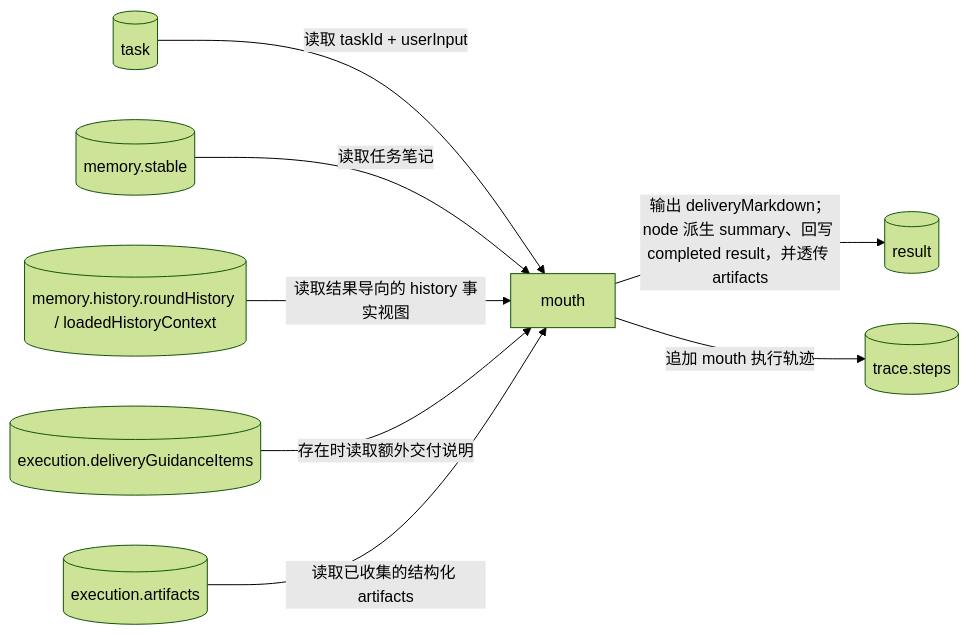
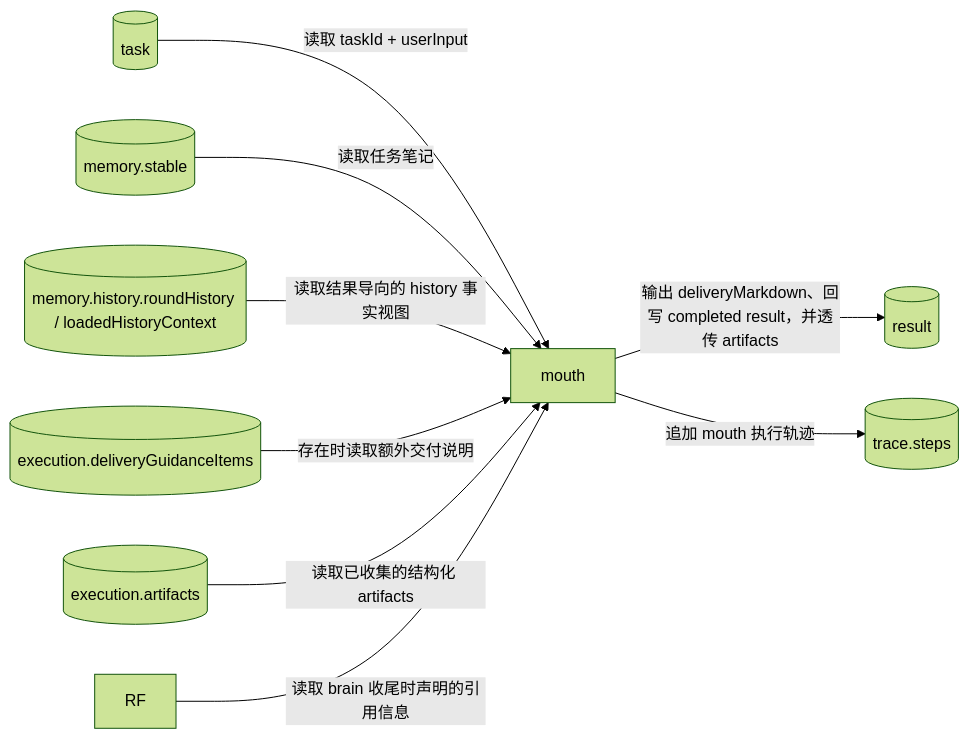
The fifth of 5 diagrams in doc/ai-design/data-definition-and-flow.md (Yoan98/Ncurator), drawn with Mermaid (forest theme) before and after one commit. The commit also changed other lines of this file and 45 other files, not shown here.

````diff
--- a/doc/ai-design/data-definition-and-flow.md
+++ b/doc/ai-design/data-definition-and-flow.md
@@ -1133,19 +1135,20 @@
 ```mermaid
 flowchart LR
     T[("task")]
     SM[("memory.stable")]
     PM[("memory.history.roundHistory / loadedHistoryContext")]
     DG[("execution.deliveryGuidanceItems")]
     A[("execution.artifacts")]
     M["mouth"]
     R[("result")]
     TR[("trace.steps")]
 
     T -->|读取 taskId + userInput| M
     SM -->|读取任务笔记| M
     PM -->|读取结果导向的 history 事实视图| M
     DG -->|存在时读取额外交付说明| M
     A -->|读取已收集的结构化 artifacts| M
-    M -->|输出 deliveryMarkdown；node 派生 summary、回写 completed result，并透传 artifacts| R
+    RF -->|读取 brain 收尾时声明的引用信息| M
+    M -->|输出 deliveryMarkdown、回写 completed result，并透传 artifacts| R
     M -->|追加 mouth 执行轨迹| TR
 ```
````
